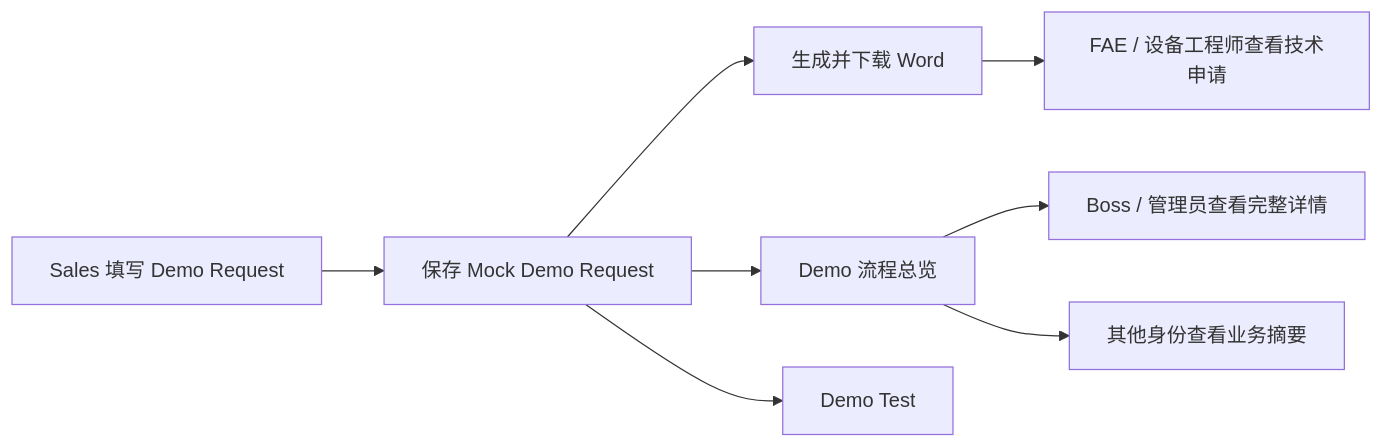
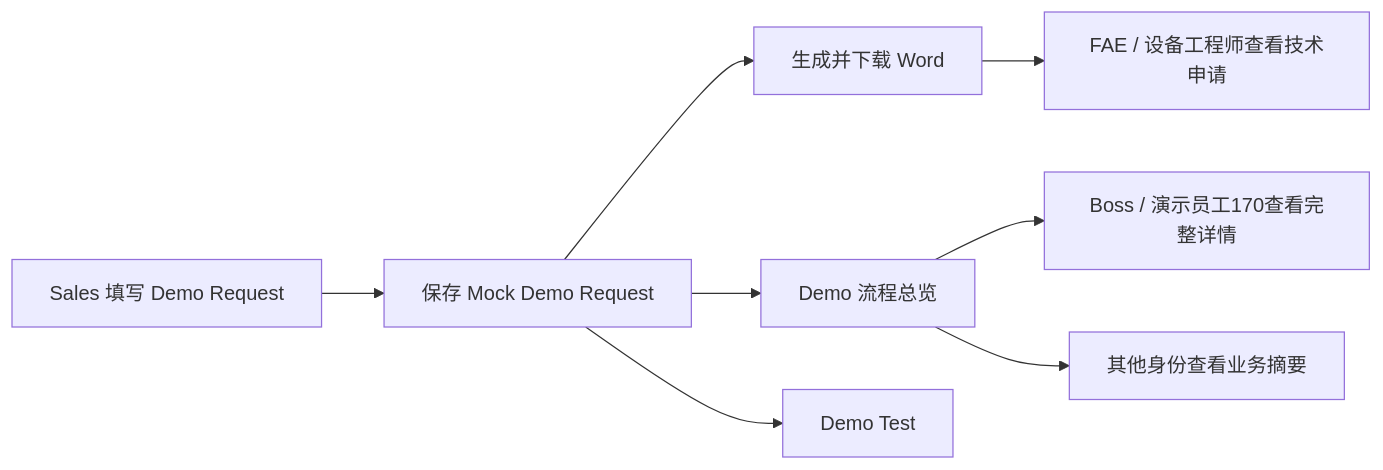
One commit to Meteor7/crm-system changed the diagram in docs/superpowers/specs/2026-07-22-demo-modules-word-request-design.md. Above: the diagram before and after it, drawn with Mermaid. The commit also changed other lines of this file and 233 other files, not shown here.

````diff
--- a/docs/superpowers/specs/2026-07-22-demo-modules-word-request-design.md
+++ b/docs/superpowers/specs/2026-07-22-demo-modules-word-request-design.md
@@ -42,10 +42,10 @@
 ```mermaid
 flowchart LR
     Sales["Sales 填写 Demo Request"] --> Save["保存 Mock Demo Request"]
     Save --> Word["生成并下载 Word"]
     Save --> Overview["Demo 流程总览"]
     Save --> Test["Demo Test"]
-    Overview --> Boss["Boss / 管理员查看完整详情"]
+    Overview --> Boss["Boss / 演示员工170查看完整详情"]
     Overview --> Staff["其他身份查看业务摘要"]
     Word --> Engineer["FAE / 设备工程师查看技术申请"]
 ```
````
